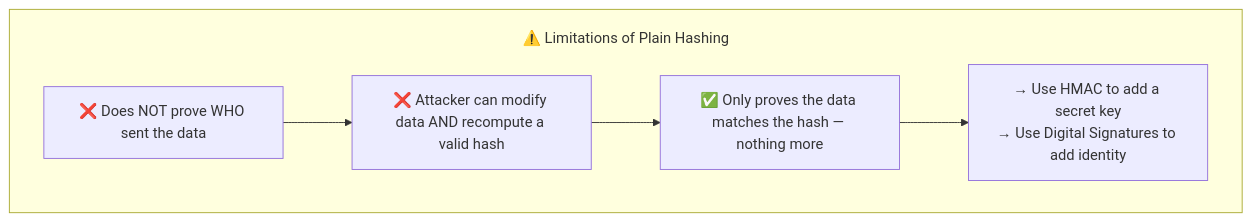
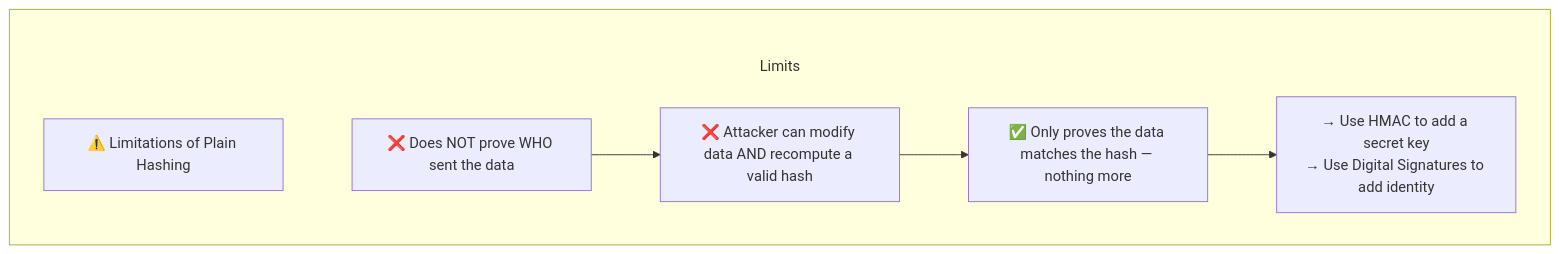
Before and after one commit to csoares/SecurityJava: the third of 9 diagrams in src/main/java/security/encryption/integrity/README.md, drawn with Mermaid. The commit also changed other lines of this file and 11 other files, not shown here.

Commit message:
Fix Mermaid subgraph title overlap by moving labels into title nodes Replace subgraph label syntax (which overlaps first node) with explicit title nodes inside each subgraph, connected via invisible edges (~~~). Also increase subGraphTitleMargin top padding from 20 to 50 for extra space.

````diff
--- a/src/main/java/security/encryption/integrity/README.md
+++ b/src/main/java/security/encryption/integrity/README.md
@@ -52,11 +54,13 @@
 ```mermaid
-%%{init: {'flowchart': {'subGraphTitleMargin': {'top': 20, 'bottom': 5}}}}%%
+%%{init: {'flowchart': {'subGraphTitleMargin': {'top': 50, 'bottom': 10}}}}%%
 flowchart TD
-    subgraph Limits ["⚠️ Limitations of Plain Hashing"]
+    subgraph Limits
+        T_Limits["⚠️ Limitations of Plain Hashing"]
+        T_Limits ~~~ L1
         L1["❌ Does NOT prove WHO sent the data"]
         L2["❌ Attacker can modify data AND recompute a valid hash"]
         L3["✅ Only proves the data matches the hash — nothing more"]
         L4["→ Use HMAC to add a secret key<br/>→ Use Digital Signatures to add identity"]
         L1 --> L2 --> L3 --> L4
     end
 ```
````
